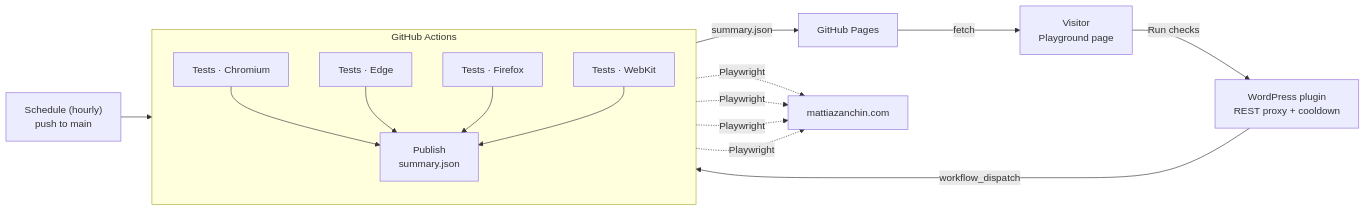
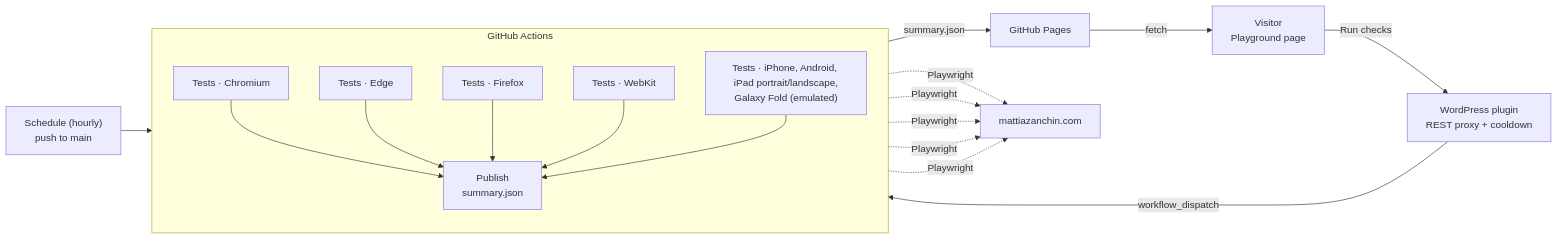
One commit to MattiaZanchin94/website-quality-lab changed the diagram in README.md. Above: the diagram before and after it, drawn with Mermaid. The commit also changed other lines of this file and 7 other files, not shown here.

````diff
--- a/README.md
+++ b/README.md
@@ -16,13 +16,13 @@
 ```mermaid
 flowchart LR
     V["Visitor<br/>Playground page"] -- "Run checks" --> WP["WordPress plugin<br/>REST proxy + cooldown"]
     WP -- "workflow_dispatch" --> GA
     S["Schedule (hourly)<br/>push to main"] --> GA
     subgraph GA["GitHub Actions"]
         direction TB
-        T1["Tests · Chromium"] & T4["Tests · Edge"] & T2["Tests · Firefox"] & T3["Tests · WebKit"] --> P["Publish<br/>summary.json"]
+        T1["Tests · Chromium"] & T4["Tests · Edge"] & T2["Tests · Firefox"] & T3["Tests · WebKit"] & T5["Tests · iPhone, Android, iPad portrait/landscape,<br/>Galaxy Fold (emulated)"] --> P["Publish<br/>summary.json"]
     end
     P -- "summary.json" --> GP["GitHub Pages"]
     GP -- "fetch" --> V
-    T1 & T4 & T2 & T3 -. "Playwright" .-> SITE["mattiazanchin.com"]
+    T1 & T4 & T2 & T3 & T5 -. "Playwright" .-> SITE["mattiazanchin.com"]
 ```
````
